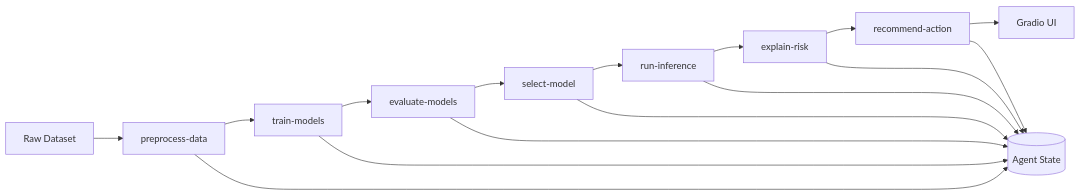
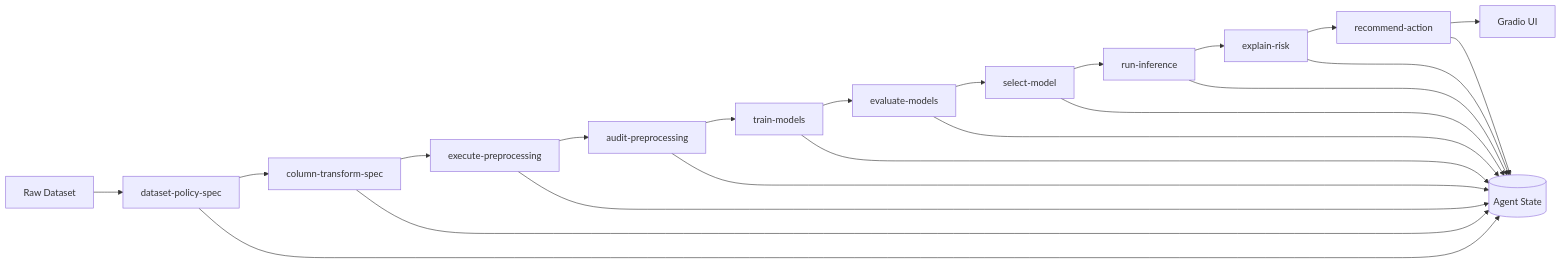
Before and after one commit to Jiachen-Carson-ZHANG/BT5151-Project: the diagram in README.md, drawn with Mermaid. The commit also changed other lines of this file and 14 other files, not shown here.

Commit message:
feat: refactor preprocessing into spec-driven block

````diff
--- a/README.md
+++ b/README.md
@@ -50,19 +50,25 @@
 ```mermaid
 flowchart LR
-    A[Raw Dataset] --> B[preprocess-data]
-    B --> C[train-models]
-    C --> D[evaluate-models]
-    D --> E[select-model]
-    E --> F[run-inference]
-    F --> G[explain-risk]
-    G --> H[recommend-action]
-    H --> I[Gradio UI]
+    A[Raw Dataset] --> B[dataset-policy-spec]
+    B --> C[column-transform-spec]
+    C --> D[execute-preprocessing]
+    D --> E[audit-preprocessing]
+    E --> F[train-models]
+    F --> G[evaluate-models]
+    G --> H[select-model]
+    H --> I[run-inference]
+    I --> J[explain-risk]
+    J --> K[recommend-action]
+    K --> L[Gradio UI]
 
     B --> S[(Agent State)]
     C --> S
     D --> S
     E --> S
     F --> S
     G --> S
     H --> S
+    I --> S
+    J --> S
+    K --> S
 ```
````
